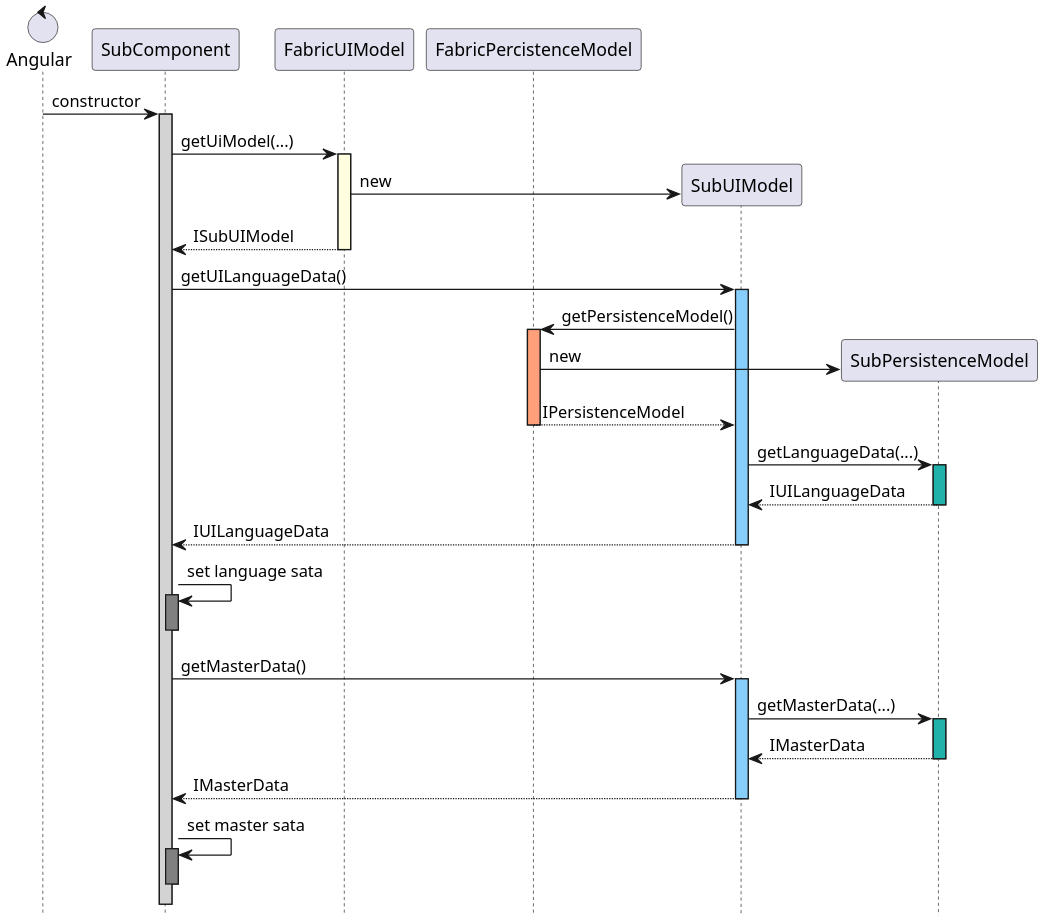
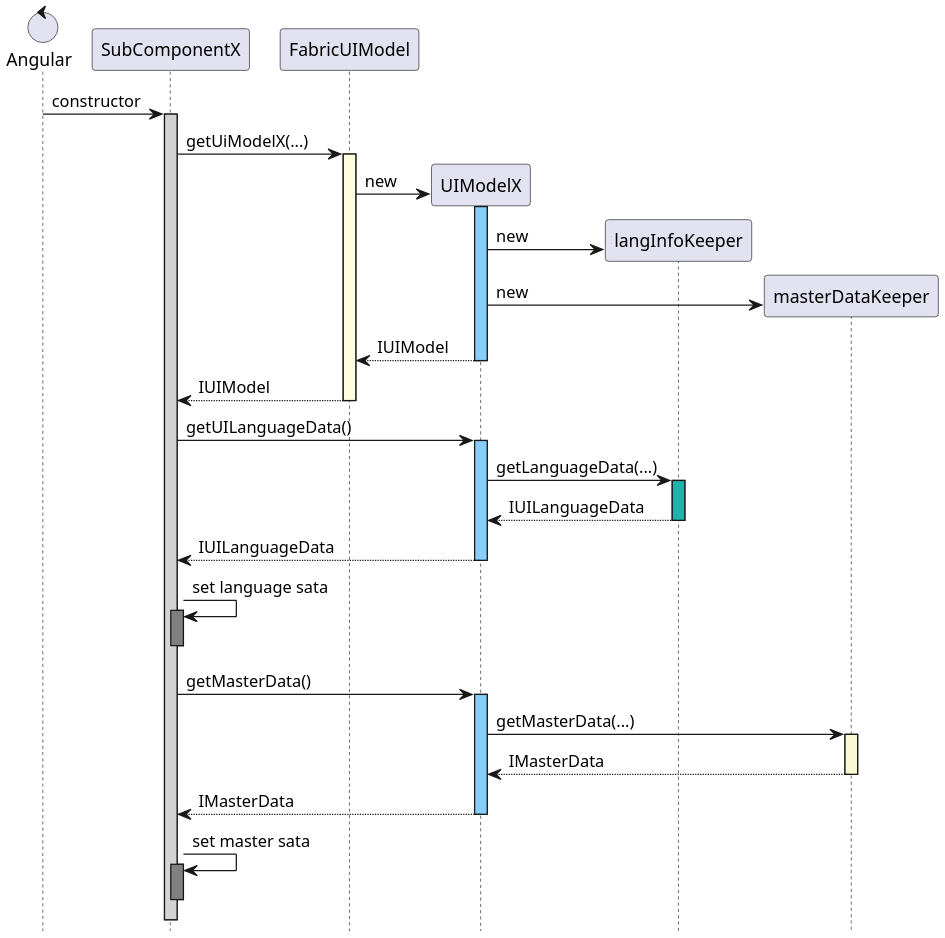
Before and after one commit to vsirotin/pritisan: the diagram in docs/diagrams/src/Capture/use-case-initialisation.wsd, drawn with PlantUML. The commit also changed 5 other files, not shown here.

Commit message:
Start diagram and docs preparation. Workin in progress.

```diff
--- a/docs/diagrams/src/Capture/use-case-initialisation.wsd
+++ b/docs/diagrams/src/Capture/use-case-initialisation.wsd
@@ -1,55 +1,58 @@
 @startuml "Sub-Use Case Initialisation"
 
 scale 2
 skinparam defaultFontName "Arial"
 hide footbox
 
 
 control Angular as A
-participant SubComponent as S
+participant SubComponentX as S
 participant FabricUIModel  as F
-participant FabricPercistenceModel as PF
+
 
 A -> S : constructor
 activate S #LightGray
 
-S->F : getUiModel(...)
+S->F : getUiModelX(...)
 activate F #LightYellow
 
-create SubUIModel as SU
-F->SU : new
-return ISubUIModel
+create UIModelX as U
+F->U : new
+activate U #LightSkyBlue
+create langInfoKeeper as L
+U->L : new
+create masterDataKeeper as M
+U->M : new
+return IUIModel
+return IUIModel
+deactivate U
+deactivate F
 
-S->SU : getUILanguageData()
-activate SU #LightSkyBlue
 
-SU->PF : getPersistenceModel()
-activate PF #LightSalmon
+S->U : getUILanguageData()
+activate U #LightSkyBlue
 
-create SubPersistenceModel as SP
-PF->SP : new
-return IPersistenceModel
 
-SU->SP : getLanguageData(...)
-activate SP #LightSeaGreen
+U->L : getLanguageData(...)
+activate L #LightSeaGreen
 return IUILanguageData
 
 return IUILanguageData
 
 S->S: set language sata
 activate S #Grey
 deactivate S
 
-S->SU: getMasterData()
-activate SU #LightSkyBlue
-SU->SP : getMasterData(...)
-activate SP #LightSeaGreen
+S->U: getMasterData()
+activate U #LightSkyBlue
+U->M : getMasterData(...)
+activate M #LightGoldenRodYellow
 
 return IMasterData
 return IMasterData
 
 S->S: set master sata
 activate S #Grey
 deactivate S
 
 @enduml
```
